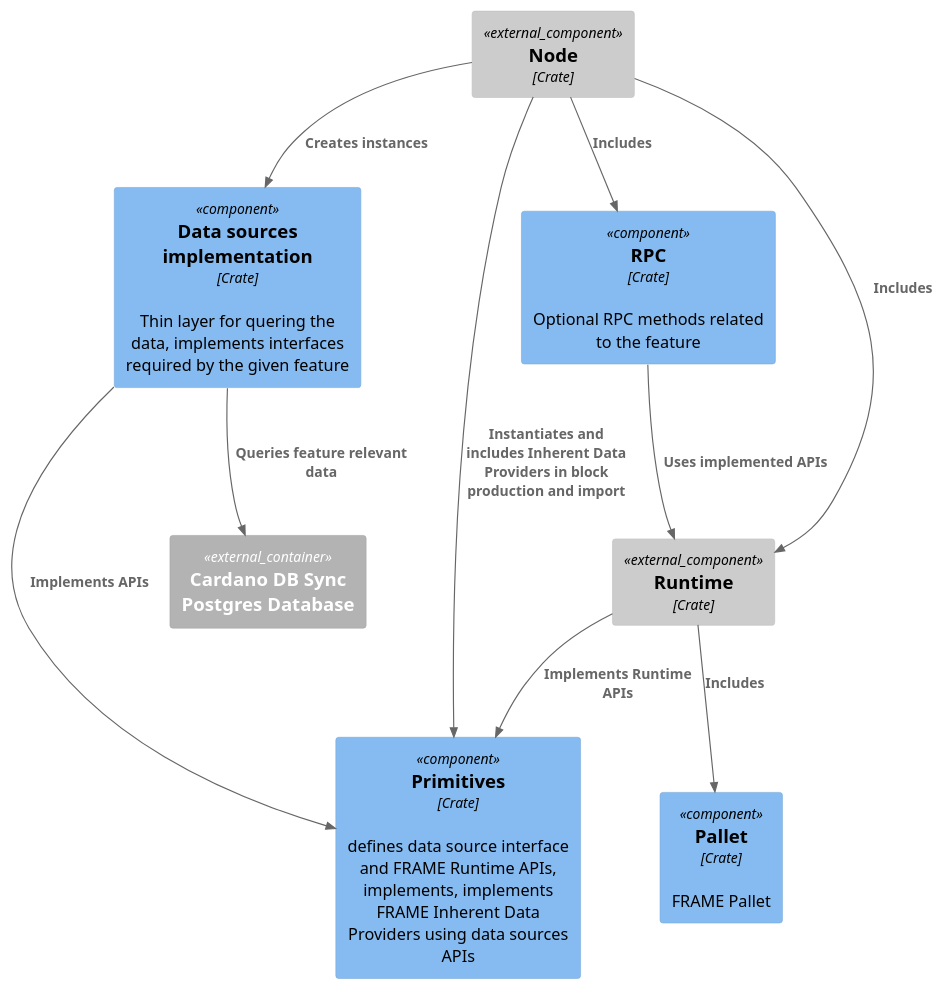
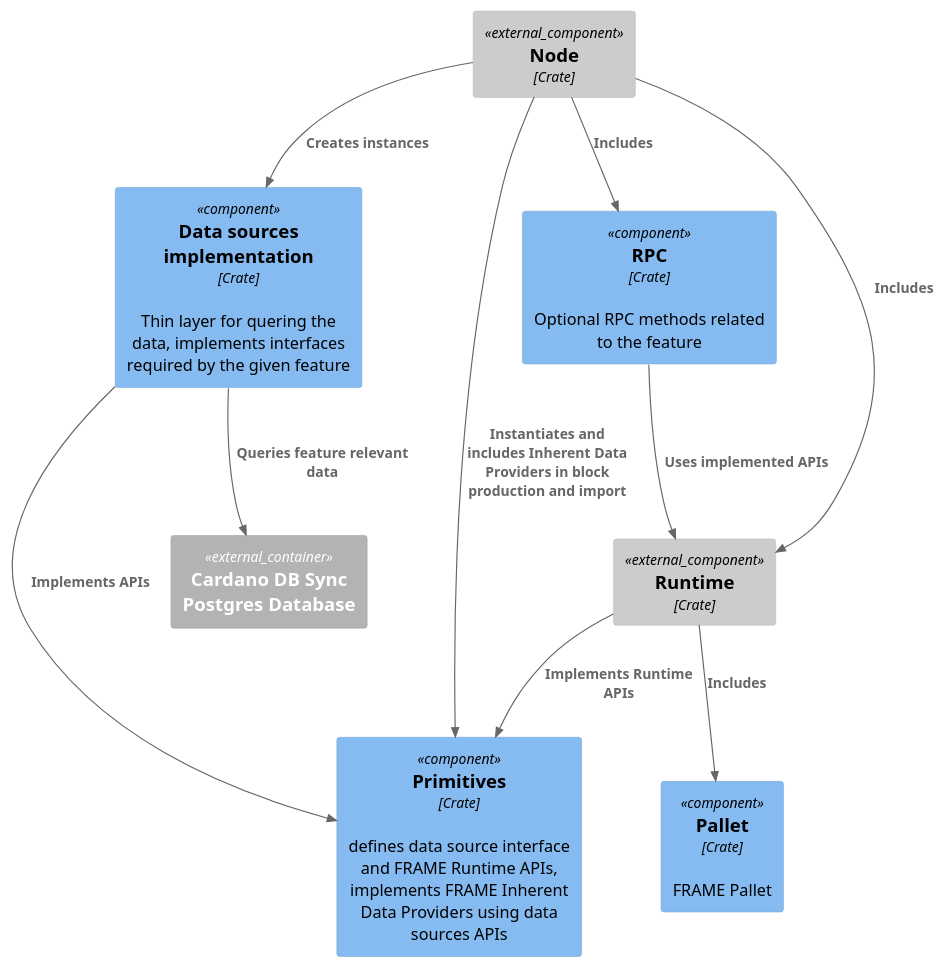
Before and after one commit to input-output-hk/partner-chains: the diagram in docs/diagrams/c4/cardano_dependent_feature_component.puml, drawn with PlantUML. The commit also changed 2 other files, not shown here.

```diff
--- a/docs/diagrams/c4/cardano_dependent_feature_component.puml
+++ b/docs/diagrams/c4/cardano_dependent_feature_component.puml
@@ -1,24 +1,24 @@
 @startuml
 !include https://raw.githubusercontent.com/plantuml-stdlib/C4-PlantUML/master/C4_Component.puml
 
 Component(data_sources, "Data sources implementation", "Crate", "Thin layer for quering the data, implements interfaces required by the given feature")
-Component(primitives, "Primitives", "Crate", "defines data source interface and FRAME Runtime APIs, implements, implements FRAME Inherent Data Providers using data sources APIs")
+Component(primitives, "Primitives", "Crate", "defines data source interface and FRAME Runtime APIs, implements FRAME Inherent Data Providers using data sources APIs")
 Component(pallet, "Pallet", "Crate", "FRAME Pallet")
 Component(rpc, "RPC", "Crate", "Optional RPC methods related to the feature")
 Component_Ext(node, "Node", "Crate")
 Component_Ext(runtime, "Runtime", "Crate")
 
 Container_Ext(postgres, "Cardano DB Sync Postgres Database")
 
 
 Rel(data_sources, postgres, "Queries feature relevant data")
 Rel(data_sources, primitives, "Implements APIs")
 Rel(node, data_sources, "Creates instances")
 Rel(node, primitives, "Instantiates and includes Inherent Data Providers in block production and import")
 Rel(node, runtime, "Includes")
 Rel(runtime, primitives, "Implements Runtime APIs")
 Rel(runtime, pallet, "Includes")
 Rel(node, rpc, "Includes")
 Rel(rpc, runtime, "Uses implemented APIs")
 
 @enduml
```
